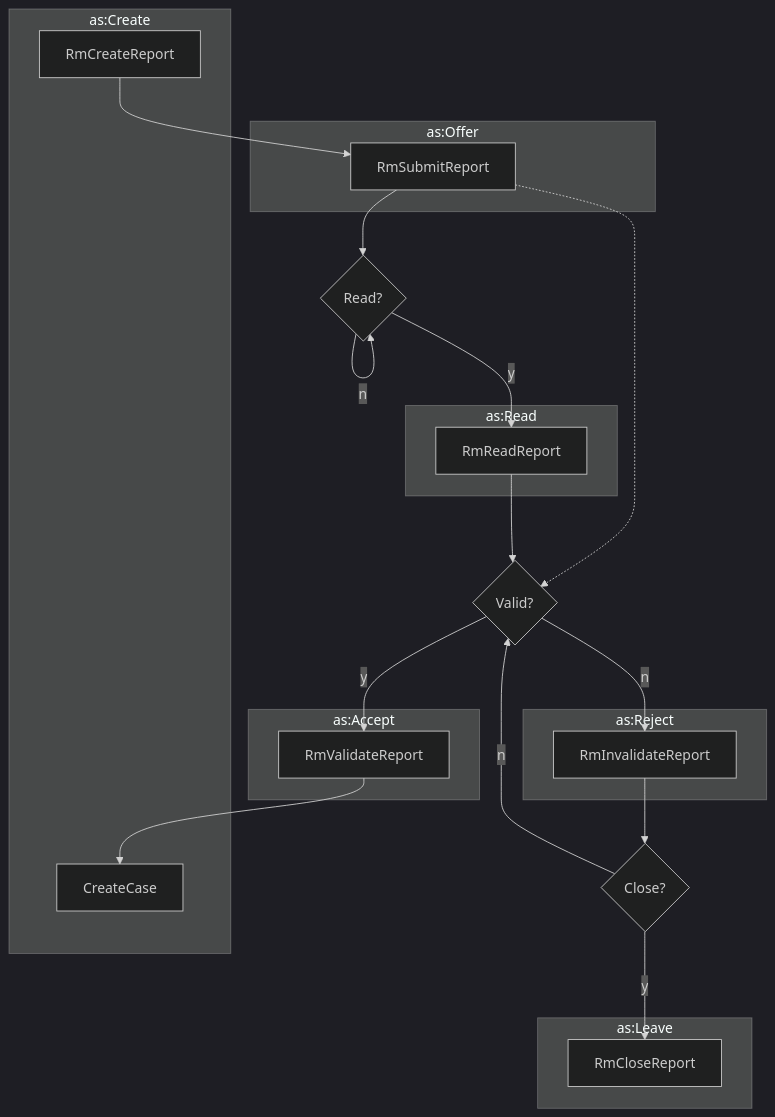
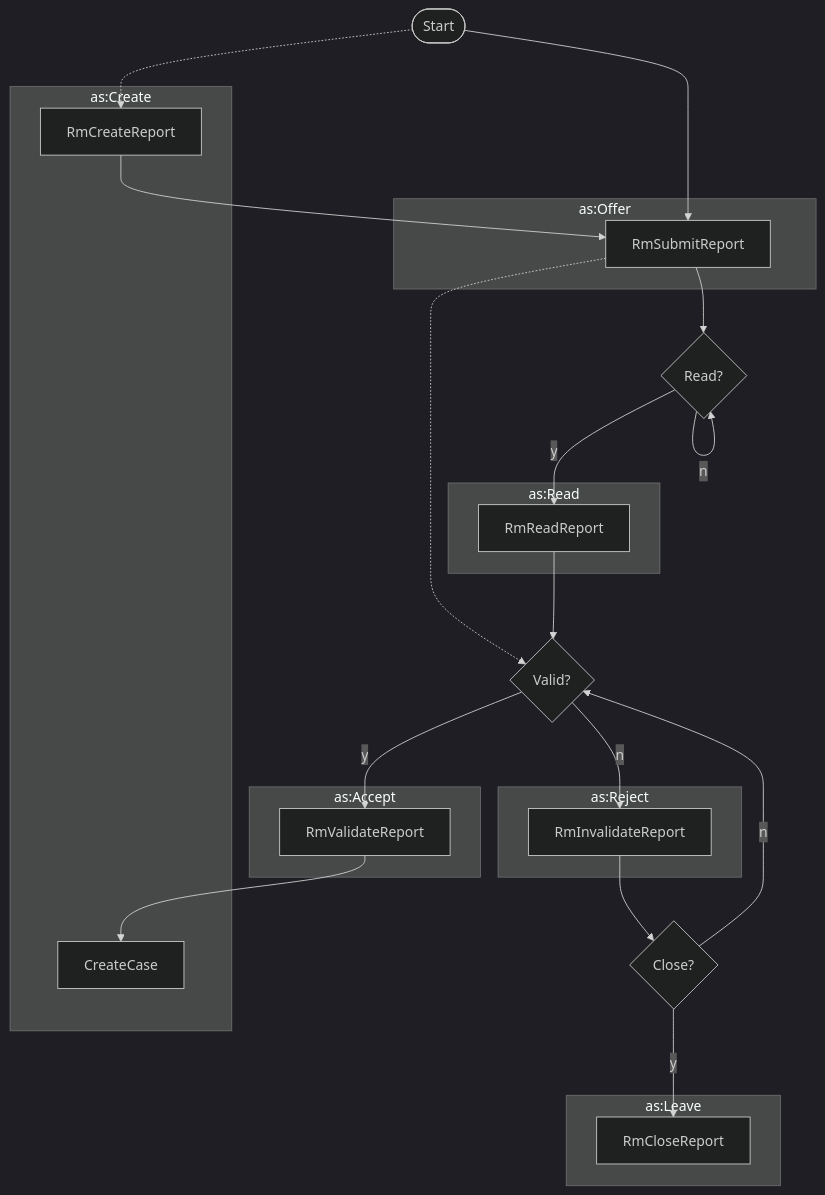
Before and after one commit to ahouseholder/Vultron: the diagram in docs/howto/activitypub/activities/report_vulnerability.md, drawn with Mermaid (dark theme). The commit also changed other lines of this file and 13 other files, not shown here.

Commit message:
improve diagrams

````diff
--- a/docs/howto/activitypub/activities/report_vulnerability.md
+++ b/docs/howto/activitypub/activities/report_vulnerability.md
@@ -10,35 +10,38 @@
 ```mermaid
 flowchart TB
     subgraph as:Create
         RmCreateReport
         CreateCase
     end
     subgraph as:Read
         RmReadReport
     end
     subgraph as:Offer
         RmSubmitReport
     end
     subgraph as:Accept
         RmValidateReport
     end
     subgraph as:Reject
         RmInvalidateReport
     end
     subgraph as:Leave
         RmCloseReport
     end
-    
+    start([Start])
+    start -.-> RmCreateReport
+    start --> RmSubmitReport
+
     RmCreateReport --> RmSubmitReport
     RmSubmitReport -.-> v{Valid?}
     RmSubmitReport --> r{Read?}
     r -->|y| RmReadReport
     r -->|n| r
     v -->|y| RmValidateReport
     RmReadReport --> v
     v -->|n| RmInvalidateReport
     RmInvalidateReport --> c{Close?}
     c -->|y| RmCloseReport
     c -->|n| v
     RmValidateReport --> CreateCase
 ```
````
